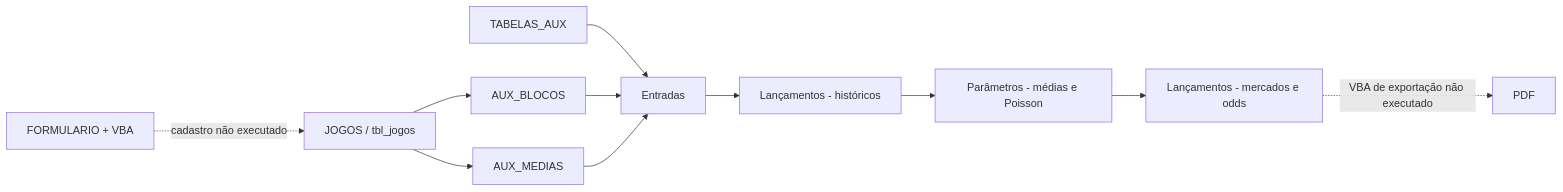
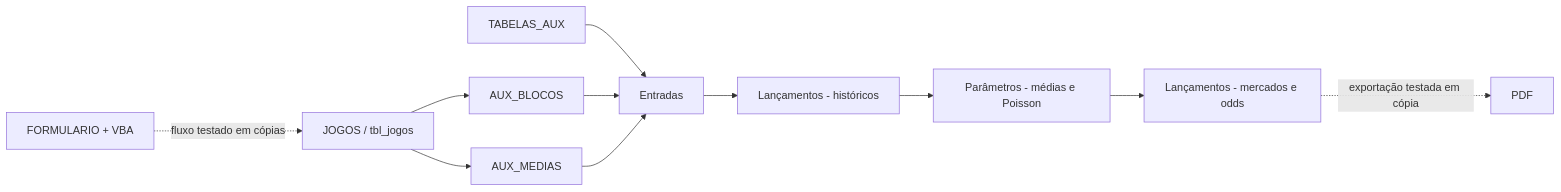
Before and after one commit to ramon21amrr/R21-Labs: the diagram in docs/products/linha-de-valor-football-intelligence/02-current-state-and-workbook-audit.md, drawn with Mermaid. The commit also changed other lines of this file and 8 other files, not shown here.

````diff
--- a/docs/products/linha-de-valor-football-intelligence/02-current-state-and-workbook-audit.md
+++ b/docs/products/linha-de-valor-football-intelligence/02-current-state-and-workbook-audit.md
@@ -76,13 +82,13 @@
 ```mermaid
 flowchart LR
     J["JOGOS / tbl_jogos"] --> AB["AUX_BLOCOS"]
     J --> AM["AUX_MEDIAS"]
     TA["TABELAS_AUX"] --> E["Entradas"]
     AB --> E
     AM --> E
     E --> L["Lançamentos - históricos"]
     L --> P["Parâmetros - médias e Poisson"]
     P --> O["Lançamentos - mercados e odds"]
-    F["FORMULARIO + VBA"] -. "cadastro não executado" .-> J
-    O -. "VBA de exportação não executado" .-> PDF["PDF"]
+    F["FORMULARIO + VBA"] -. "fluxo testado em cópias" .-> J
+    O -. "exportação testada em cópia" .-> PDF["PDF"]
 ```
````
